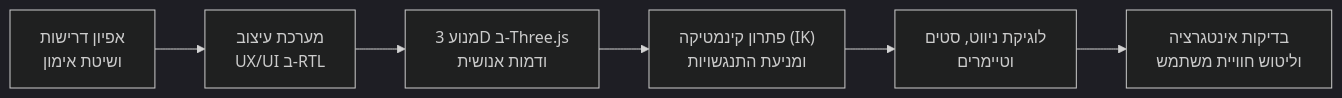
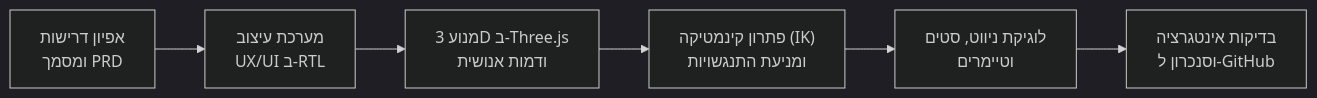
One commit to ronybarak16-sys/LiyaRoni-ex1 changed the diagram in README.md. Above: the diagram before and after it, drawn with Mermaid (dark theme). The commit also changed other lines of this file and 1 other file, not shown here.

Commit message:
Update README.md based on new PRD document and add PRD to docs

````diff
--- a/README.md
+++ b/README.md
@@ -38,8 +83,8 @@
 ```mermaid
 flowchart LR
-    A["אפיון דרישות<br/>ושיטת אימון"] --> B["מערכת עיצוב<br/>UX/UI ב-RTL"]
+    A["אפיון דרישות<br/>ומסמך PRD"] --> B["מערכת עיצוב<br/>UX/UI ב-RTL"]
     B --> C["מנוע 3D ב-Three.js<br/>ודמות אנושית"]
     C --> D["פתרון קינמטיקה (IK)<br/>ומניעת התנגשויות"]
     D --> E["לוגיקת ניווט, סטים<br/>וטיימרים"]
-    E --> F["בדיקות אינטגרציה<br/>וליטוש חוויית משתמש"]
+    E --> F["בדיקות אינטגרציה<br/>וסנכרון ל-GitHub"]
 ```
````
